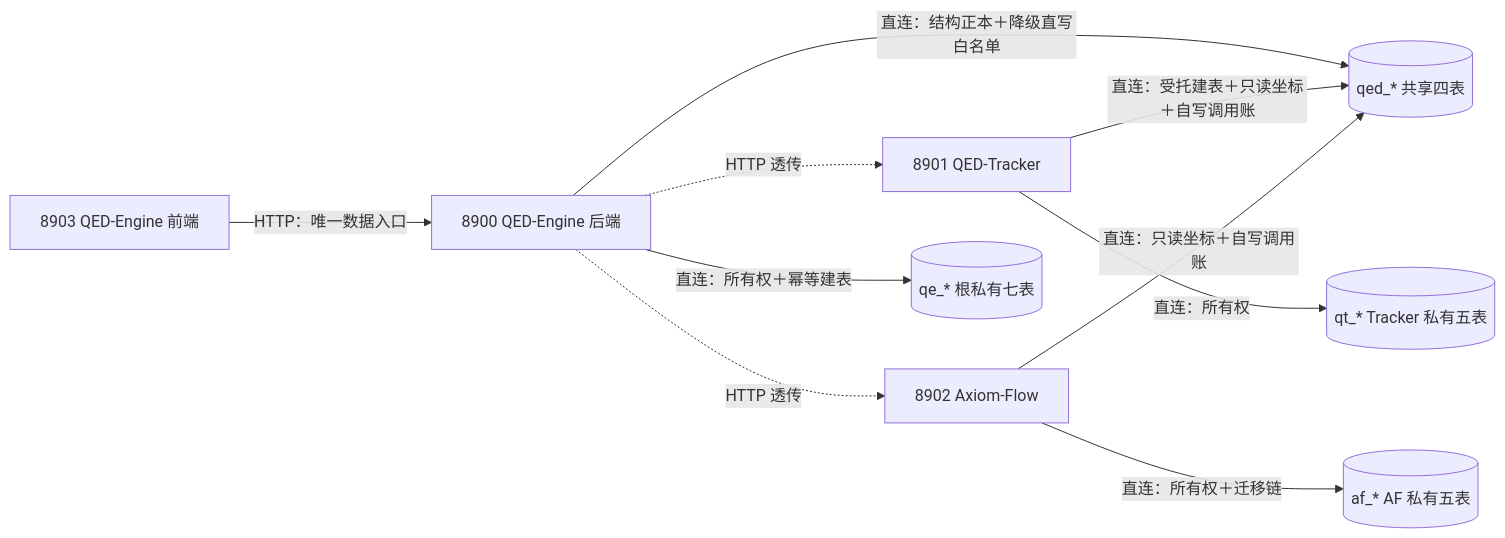
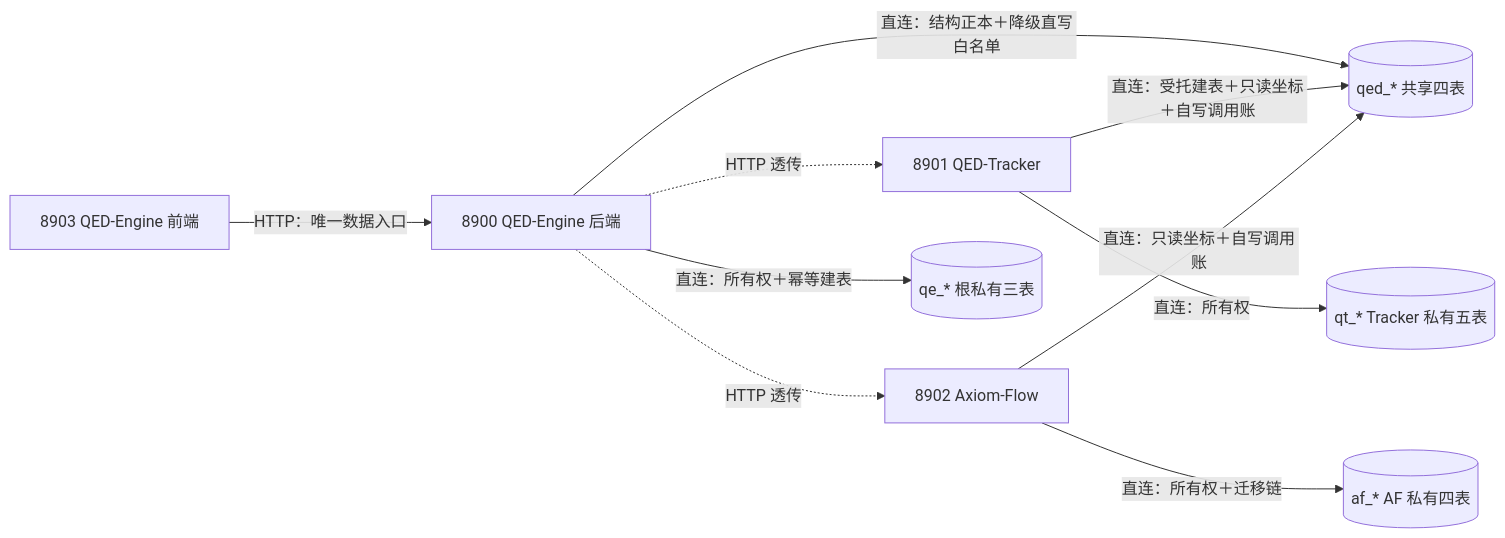
One commit to swfswf1234/QED-Engine changed the first of 3 diagrams in docs/architecture/database-design.md. Above: the diagram before and after it, drawn with Mermaid. The commit also changed other lines of this file and 109 other files, not shown here.

````diff
--- a/docs/architecture/database-design.md
+++ b/docs/architecture/database-design.md
@@ -104,21 +104,21 @@
 ```mermaid
 flowchart LR
     UI["8903 QED-Engine 前端"]
     ROOT["8900 QED-Engine 后端"]
     TRK["8901 QED-Tracker"]
     AF["8902 Axiom-Flow"]
     QED[("qed_* 共享四表")]
-    QE[("qe_* 根私有七表")]
+    QE[("qe_* 根私有三表")]
     QT[("qt_* Tracker 私有五表")]
-    AFT[("af_* AF 私有五表")]
+    AFT[("af_* AF 私有四表")]
 
     UI -->|"HTTP：唯一数据入口"| ROOT
     ROOT -->|"直连：所有权＋幂等建表"| QE
     ROOT -->|"直连：结构正本＋降级直写白名单"| QED
     ROOT -.->|"HTTP 透传"| TRK
     ROOT -.->|"HTTP 透传"| AF
     TRK -->|"直连：所有权"| QT
     TRK -->|"直连：受托建表＋只读坐标＋自写调用账"| QED
     AF -->|"直连：所有权＋迁移链"| AFT
     AF -->|"直连：只读坐标＋自写调用账"| QED
 ```
````
